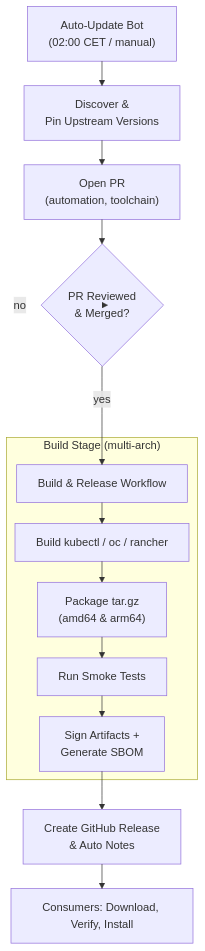
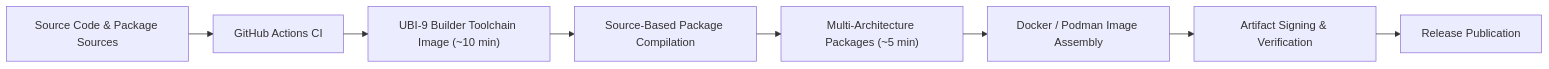
The diagram in README.md (lorenzobiosa/container-toolchain), drawn with Mermaid before and after one commit. The commit also changed other lines of this file and 9 other files, not shown here.

````diff
--- a/README.md
+++ b/README.md
@@ -32,25 +47,14 @@
 ```mermaid
 ---
 config:
   layout: elk
 ---
-flowchart TB
- subgraph subGraph0["Build Stage (multi-arch)"]
-        F["Build kubectl / oc / rancher"]
-        E["Build & Release Workflow"]
-        G["Package tar.gz<br>(amd64 &amp; arm64)"]
-        H["Run Smoke Tests"]
-        I["Sign Artifacts + <br>Generate SBOM"]
-  end
-    A["Auto-Update Bot<br>(02:00 CET / manual)"] --> B["Discover &amp; <br>Pin Upstream Versions"]
-    B --> C["Open PR<br>(automation, toolchain)"]
-    C --> D{"PR Reviewed<br>&amp; Merged?"}
-    D -- yes --> E
-    D -- no --> D
-    E --> F
-    F --> G
-    G --> H
-    H --> I
-    I --> J["Create GitHub Release<br>&amp; Auto Notes"]
-    J --> K["Consumers: Download, Verify, Install"]
+flowchart LR
+    A["Source Code & Package Sources"] --> B["GitHub Actions CI"]
+    B --> C["UBI-9 Builder Toolchain Image (~10 min)"]
+    C --> D["Source-Based Package Compilation"]
+    D --> E["Multi-Architecture Packages (~5 min)"]
+    E --> F["Docker / Podman Image Assembly"]
+    F --> G["Artifact Signing & Verification"]
+    G --> H["Release Publication"]
 ```
````
